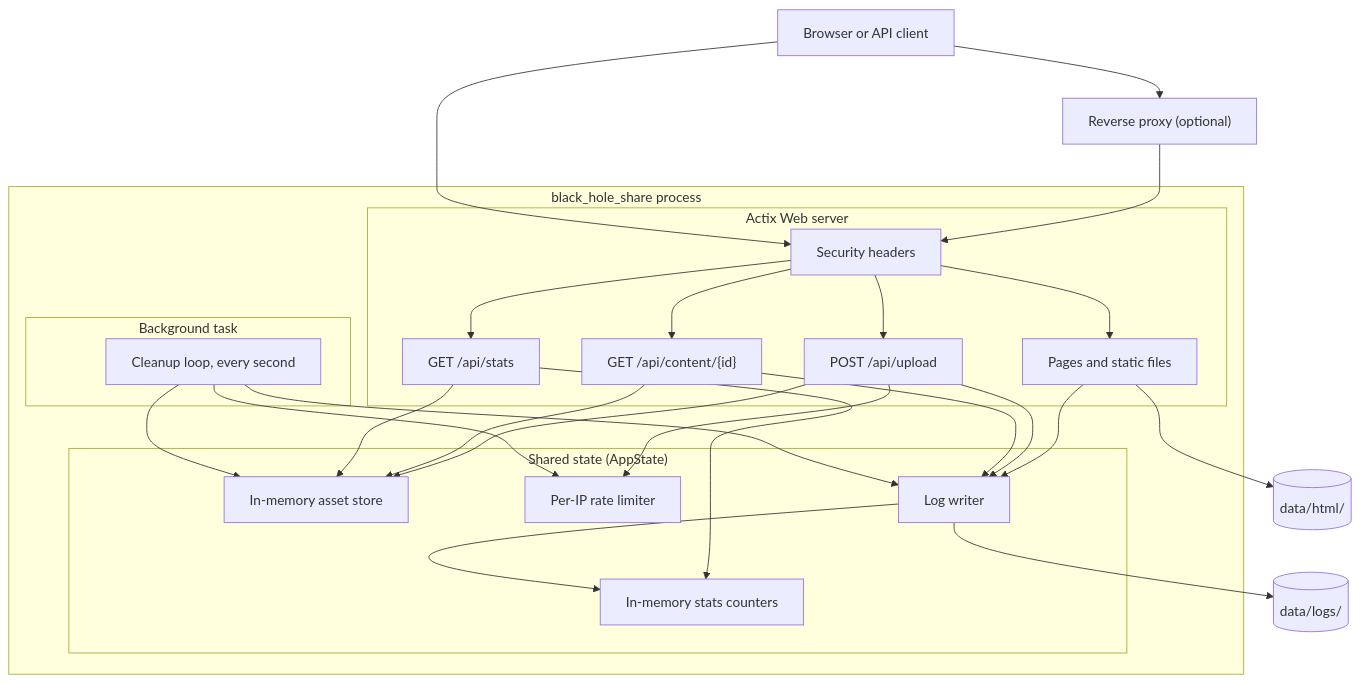
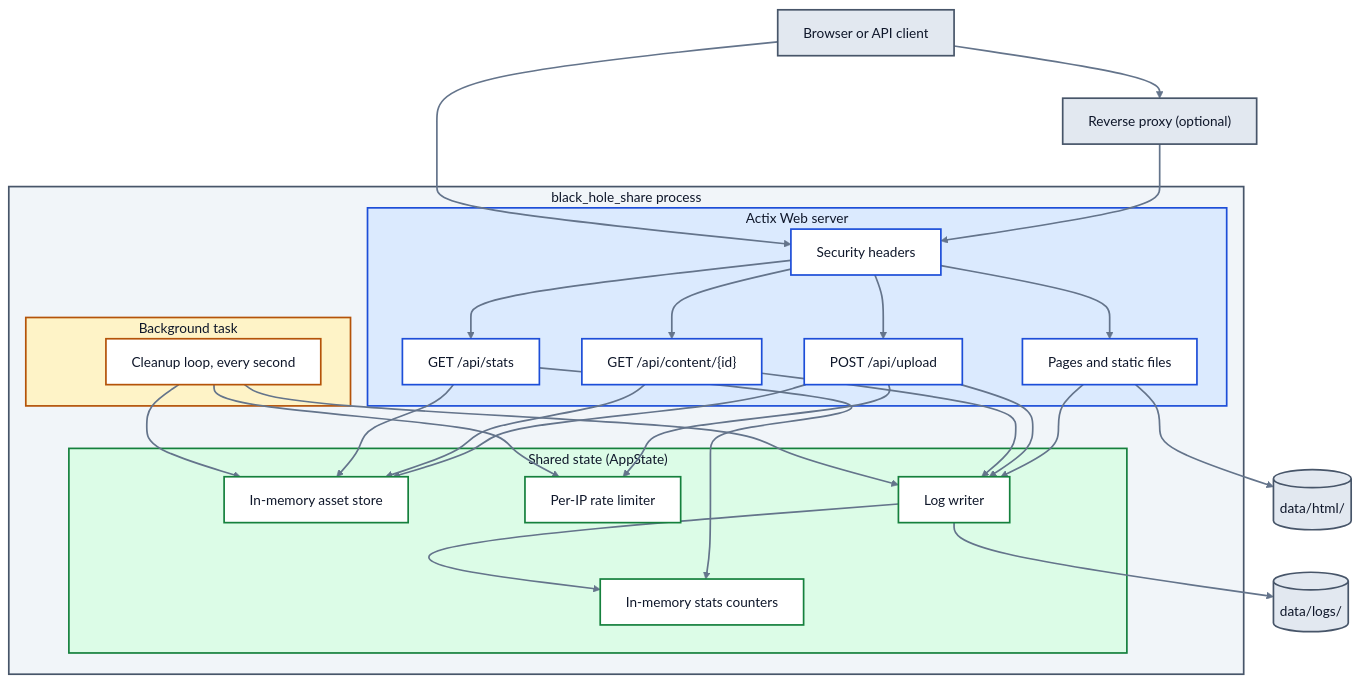
The diagram in docs/block-diagram.md (icsboyx/black_hole_share), drawn with Mermaid before and after one commit.

Commit message:
Improve block diagram contrast

````diff
--- a/docs/block-diagram.md
+++ b/docs/block-diagram.md
@@ -3,57 +3,75 @@
 ```mermaid
+%%{init: {"theme": "base", "themeVariables": {"lineColor": "#64748b"}}}%%
 flowchart TD
     Client["Browser or API client"]
     Proxy["Reverse proxy (optional)"]
     HtmlFiles[("data/html/")]
     LogFiles[("data/logs/")]
 
     subgraph Process["black_hole_share process"]
         subgraph Web["Actix Web server"]
             Headers["Security headers"]
             Pages["Pages and static files"]
             Upload["POST /api/upload"]
             Content["GET /api/content/{id}"]
             Stats["GET /api/stats"]
         end
 
         subgraph Background["Background task"]
             Cleanup["Cleanup loop, every second"]
         end
 
         subgraph State["Shared state (AppState)"]
             Store["In-memory asset store"]
             Limit["Per-IP rate limiter"]
             Logger["Log writer"]
             Counters["In-memory stats counters"]
         end
     end
 
     Client --> Proxy
     Proxy --> Headers
     Client --> Headers
 
     Headers --> Pages
     Headers --> Upload
     Headers --> Content
     Headers --> Stats
 
     Pages --> HtmlFiles
     Pages --> Logger
 
     Upload --> Limit
     Upload --> Store
     Upload --> Logger
 
     Content --> Store
     Content --> Logger
 
     Stats --> Store
     Stats --> Counters
 
     Cleanup --> Store
     Cleanup --> Limit
     Cleanup --> Logger
 
     Logger --> Counters
     Logger --> LogFiles
+
+    classDef external fill:#e2e8f0,stroke:#475569,stroke-width:2px,color:#0f172a
+    classDef web fill:#ffffff,stroke:#1d4ed8,stroke-width:2px,color:#0f172a
+    classDef task fill:#ffffff,stroke:#b45309,stroke-width:2px,color:#0f172a
+    classDef state fill:#ffffff,stroke:#15803d,stroke-width:2px,color:#0f172a
+
+    class Client,Proxy,HtmlFiles,LogFiles external
+    class Headers,Pages,Upload,Content,Stats web
+    class Cleanup task
+    class Store,Limit,Logger,Counters state
+
+    style Process fill:#f1f5f9,stroke:#475569,stroke-width:2px,color:#0f172a
+    style Web fill:#dbeafe,stroke:#1d4ed8,stroke-width:2px,color:#0f172a
+    style Background fill:#fef3c7,stroke:#b45309,stroke-width:2px,color:#0f172a
+    style State fill:#dcfce7,stroke:#15803d,stroke-width:2px,color:#0f172a
+
+    linkStyle default stroke:#64748b,stroke-width:2px
 ```
````
